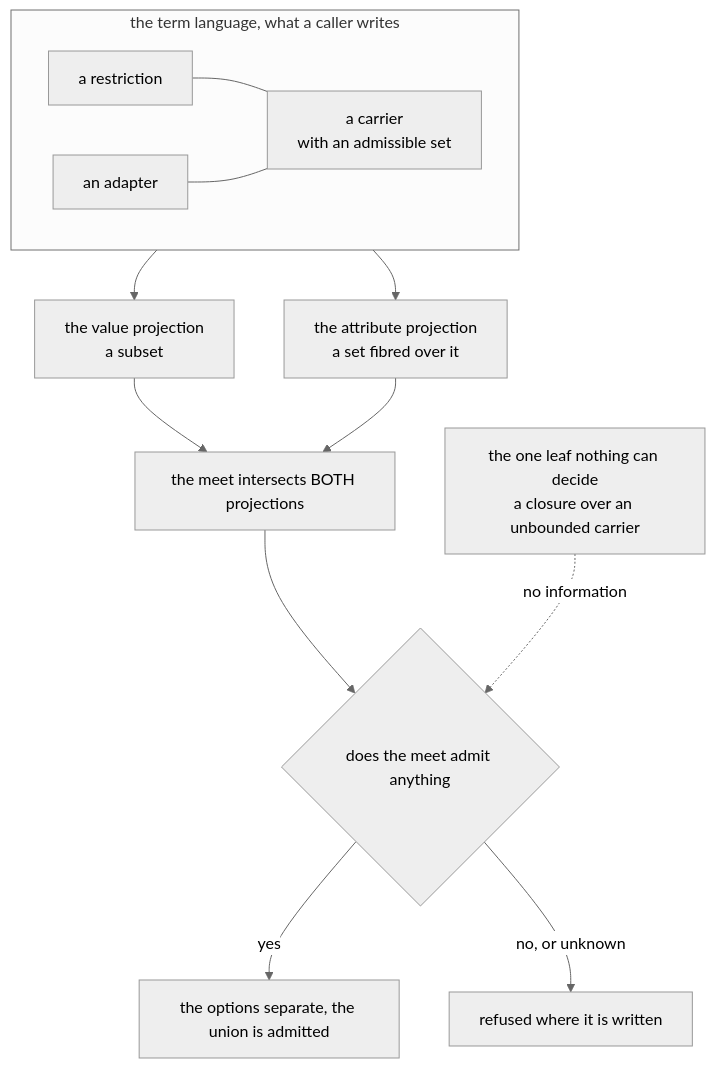
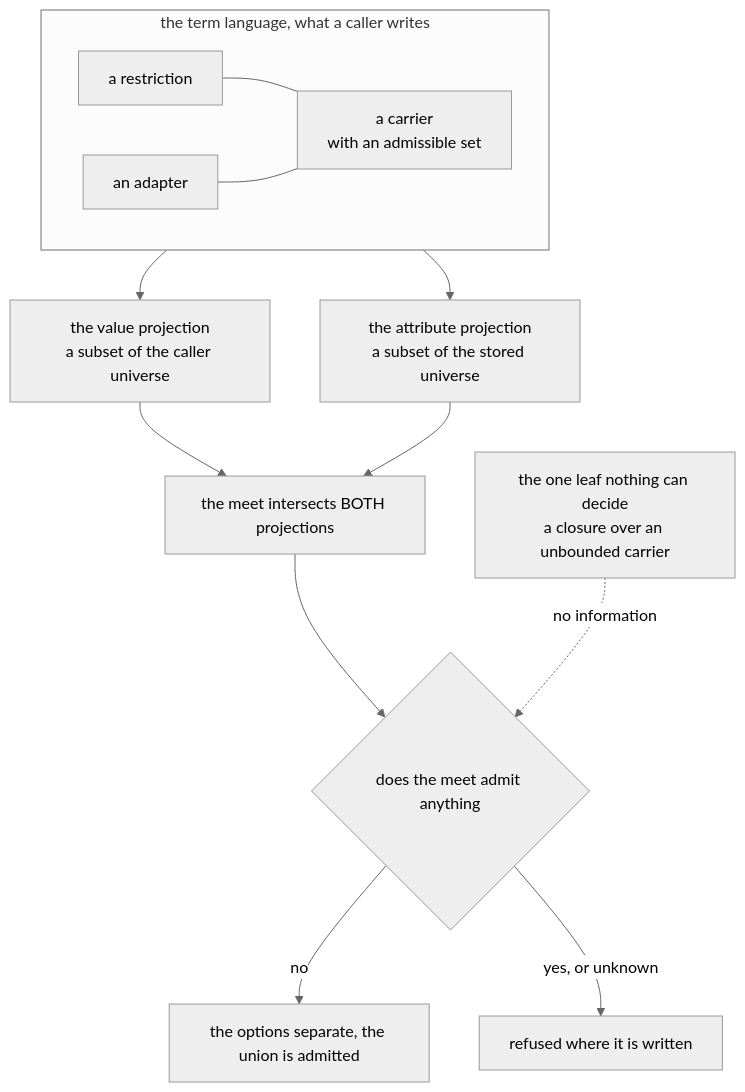
Before and after one commit to josher8a/rotorise: the first of 3 diagrams in docs/architecture-v2.md, drawn with Mermaid (neutral theme). The commit also changed other lines of this file, not shown here.

````diff
--- a/docs/architecture-v2.md
+++ b/docs/architecture-v2.md
@@ -50,19 +47,19 @@
 ```mermaid
 flowchart TB
   subgraph LANG["the term language, what a caller writes"]
     direction LR
     CAR["a carrier<br/>with an admissible set"]
     RES["a restriction"]
     ADA["an adapter"]
     RES --- CAR
     ADA --- CAR
   end
-  LANG --> P1["the value projection<br/>a subset"]
-  LANG --> P2["the attribute projection<br/>a set fibred over it"]
+  LANG --> P1["the value projection<br/>a subset of the caller universe"]
+  LANG --> P2["the attribute projection<br/>a subset of the stored universe"]
   P1 --> MEET["the meet intersects BOTH projections"]
   P2 --> MEET
   MEET --> Q{"does the meet admit anything"}
   LEAF["the one leaf nothing can decide<br/>a closure over an unbounded carrier"] -. "no information" .-> Q
-  Q -- "yes" --> YES["the options separate, the union is admitted"]
-  Q -- "no, or unknown" --> NO["refused where it is written"]
+  Q -- "no" --> YES["the options separate, the union is admitted"]
+  Q -- "yes, or unknown" --> NO["refused where it is written"]
 ```
````
